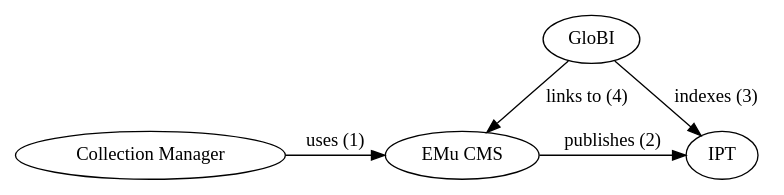
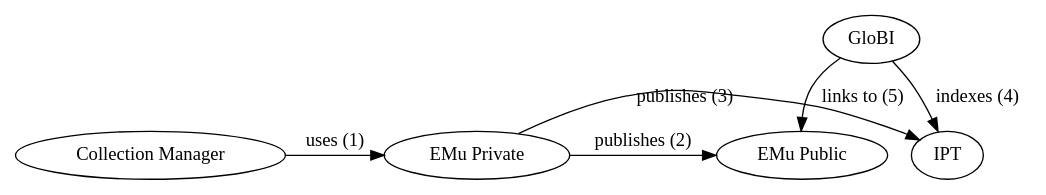
Before and after one commit to globalbioticinteractions/globalbioticinteractions.github.io: the diagram in assets/emu-integration.dot, drawn with Graphviz. The commit also changed 1 other file, not shown here.

Commit message:
update diagram

```diff
--- a/assets/emu-integration.dot
+++ b/assets/emu-integration.dot
@@ -1,18 +1,20 @@
 digraph pairwise {
     #rankdir=LR;
     #labelloc="t";
     #label="Arctos <> GloBI integration";
     a1 [label="Collection Manager"];
-    b1 [label="EMu CMS"];
-    c1 [label="IPT"];
-    d1 [label="GloBI"];
+    b1 [label="EMu Private"];
+    c1 [label="EMu Public"];
+    d1 [label="IPT"];
+    e1 [label="GloBI"];
     { rank=same;
     a1 -> b1 [label="uses (1)"];
     b1 -> c1 [label="publishes (2)"];
+    b1 -> d1 [label="publishes (3)"];
     };
     { 
 
-    d1 -> c1 [label="indexes (3)"];
-    d1 -> b1 [label="links to (4)"];
+    e1 -> d1 [label="indexes (4)"];
+    e1 -> c1 [label="links to (5)"];
     };
 }
```
